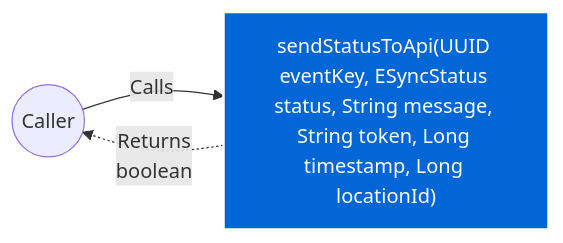
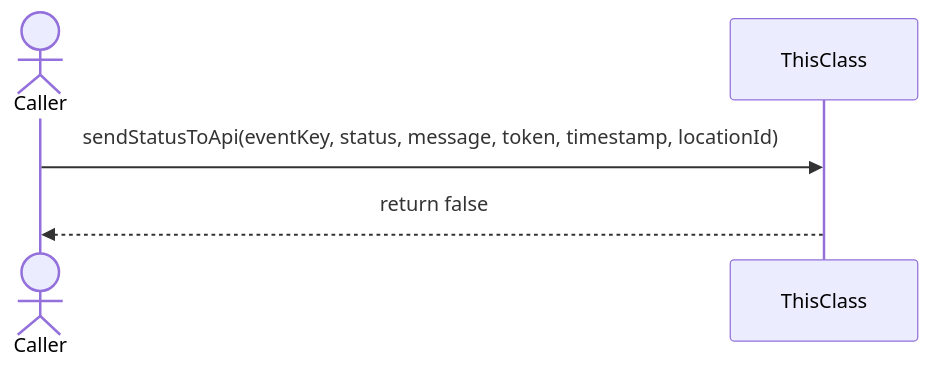
One commit to FelipeMCassiano/geanky changed diagram 14 of 16 in docs/CloudSyncUploadService.md. Above: the diagram before and after it, drawn with Mermaid. The commit also changed other lines of this file and 9 other files, not shown here.

````diff
--- a/docs/CloudSyncUploadService.md
+++ b/docs/CloudSyncUploadService.md
@@ -1045,9 +889,9 @@
 ```mermaid
-flowchart LR
-    classDef methodNode fill:#0366d6,stroke:#fff,stroke-width:2px,color:#fff;
-    Caller(("Caller"))
-    Method["sendStatusToApi(UUID eventKey, ESyncStatus status, String message, String token, Long timestamp, Long locationId)"]:::methodNode
+sequenceDiagram
+    actor Caller
+    participant ThisClass
 
-    Caller -- "Calls" --> Method
-    Method -. "Returns<br>boolean" .-> Caller
+    Caller->>ThisClass: sendStatusToApi(eventKey, status, message, token, timestamp, locationId)
+    ThisClass-->>Caller: return false
+
 ```
````
